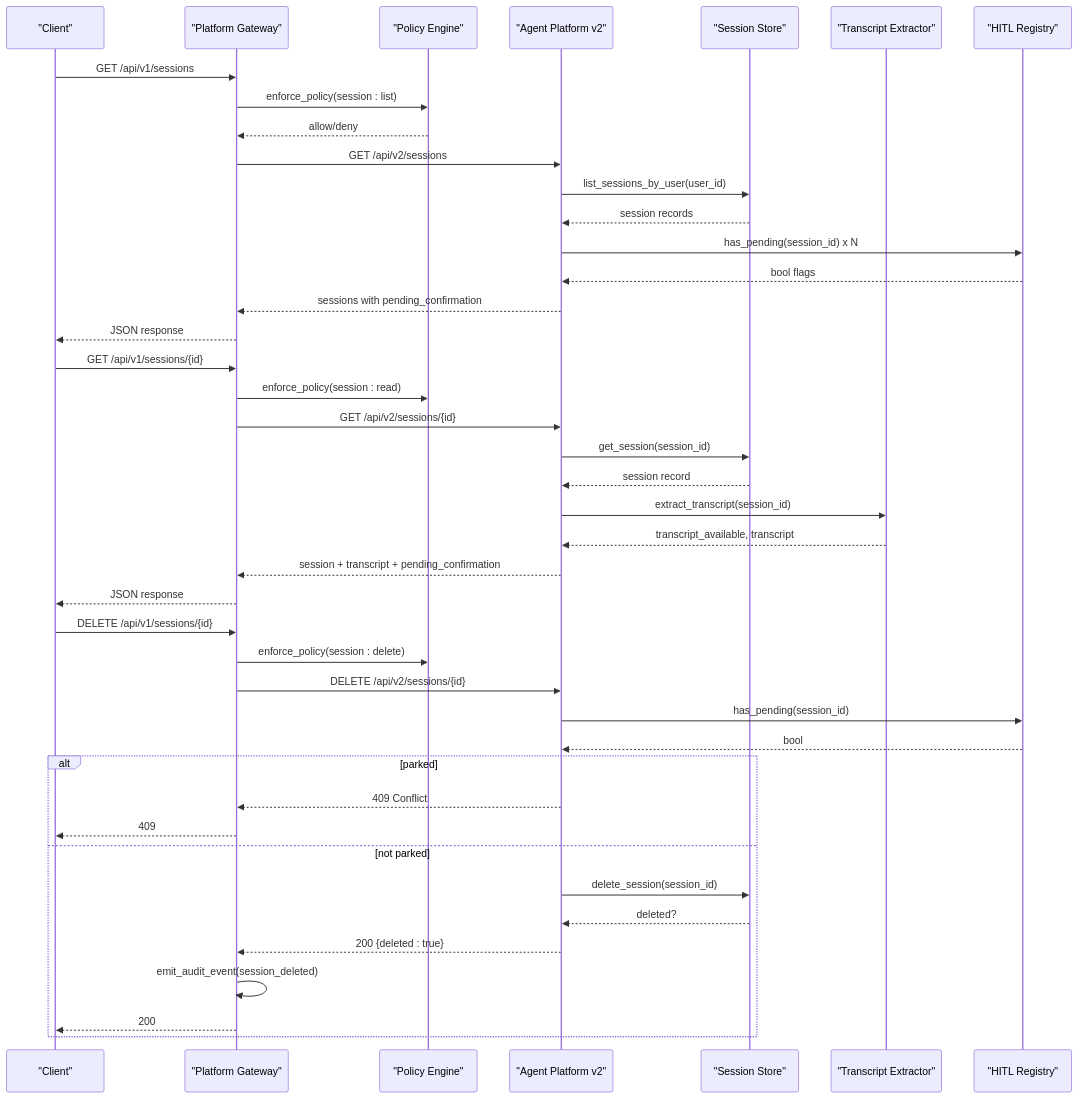
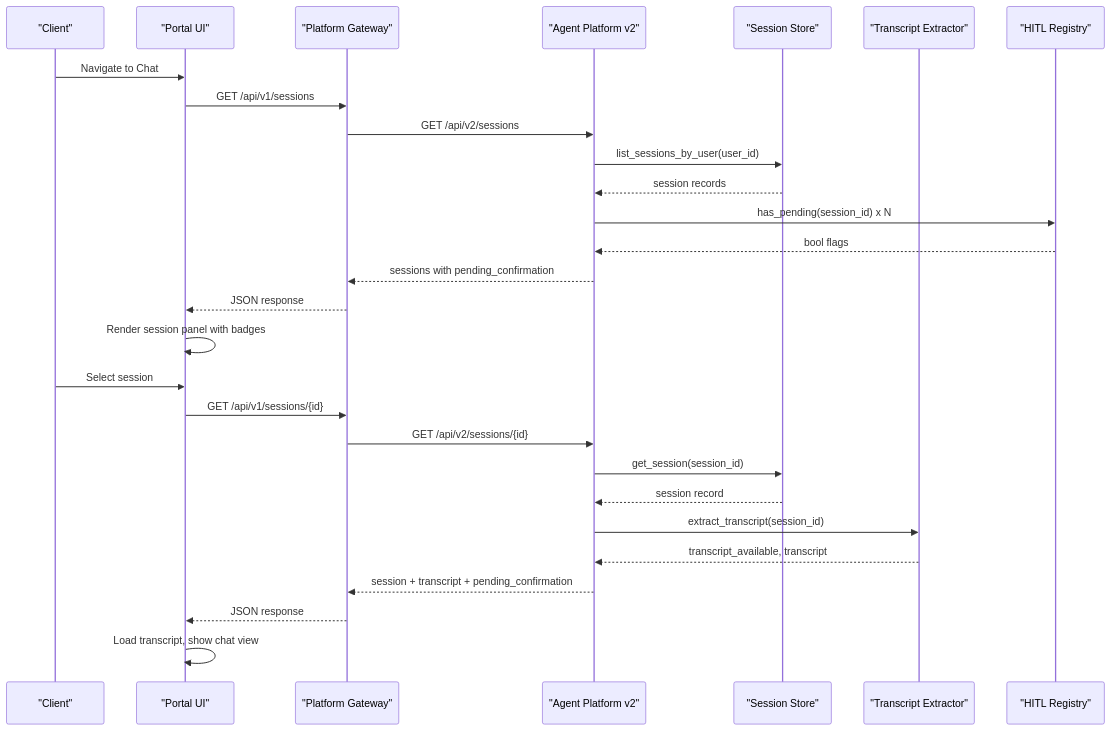
Before and after one commit to metasync/luban-aiops: the second of 8 diagrams in .qoder/repowiki/en/content/Architecture Documentation/SPEC-022_ Multi-Session Operator Workspace.md, drawn with Mermaid. The commit also changed other lines of this file and 51 other files, not shown here.

````diff
--- a/.qoder/repowiki/en/content/Architecture Documentation/SPEC-022_ Multi-Session Operator Workspace.md
+++ b/.qoder/repowiki/en/content/Architecture Documentation/SPEC-022_ Multi-Session Operator Workspace.md
@@ -120,44 +137,30 @@
 ```mermaid
 sequenceDiagram
 participant C as "Client"
+participant P as "Portal UI"
 participant G as "Platform Gateway"
-participant P as "Policy Engine"
 participant A as "Agent Platform v2"
 participant S as "Session Store"
 participant T as "Transcript Extractor"
 participant H as "HITL Registry"
-C->>G : GET /api/v1/sessions
-G->>P : enforce_policy(session : list)
-P-->>G : allow/deny
+C->>P : Navigate to Chat
+P->>G : GET /api/v1/sessions
 G->>A : GET /api/v2/sessions
 A->>S : list_sessions_by_user(user_id)
 S-->>A : session records
 A->>H : has_pending(session_id) x N
 H-->>A : bool flags
 A-->>G : sessions with pending_confirmation
-G-->>C : JSON response
-C->>G : GET /api/v1/sessions/{id}
-G->>P : enforce_policy(session : read)
+G-->>P : JSON response
+P->>P : Render session panel with badges
+C->>P : Select session
+P->>G : GET /api/v1/sessions/{id}
 G->>A : GET /api/v2/sessions/{id}
 A->>S : get_session(session_id)
 S-->>A : session record
 A->>T : extract_transcript(session_id)
 T-->>A : transcript_available, transcript
 A-->>G : session + transcript + pending_confirmation
-G-->>C : JSON response
-C->>G : DELETE /api/v1/sessions/{id}
-G->>P : enforce_policy(session : delete)
-G->>A : DELETE /api/v2/sessions/{id}
-A->>H : has_pending(session_id)
-H-->>A : bool
-alt parked
-A-->>G : 409 Conflict
-G-->>C : 409
-else not parked
-A->>S : delete_session(session_id)
-S-->>A : deleted?
-A-->>G : 200 {deleted : true}
-G->>G : emit_audit_event(session_deleted)
-G-->>C : 200
-end
+G-->>P : JSON response
+P->>P : Load transcript, show chat view
 ```
````
